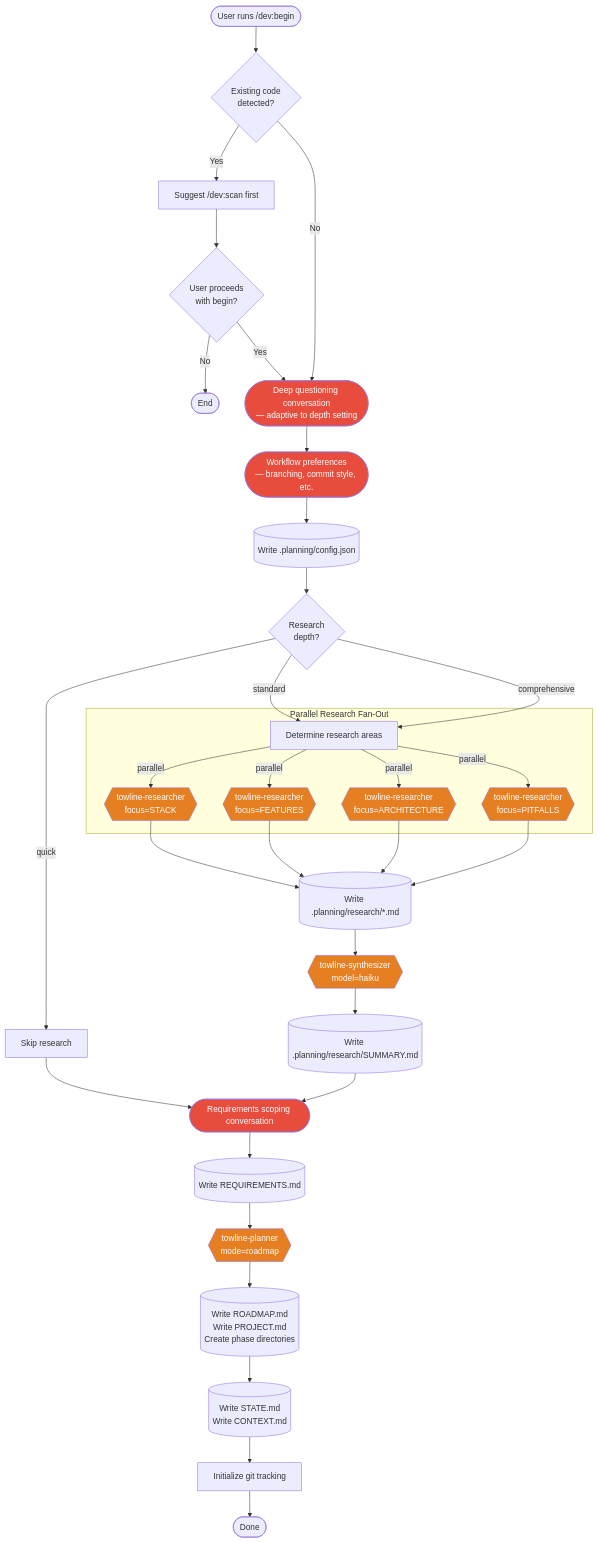
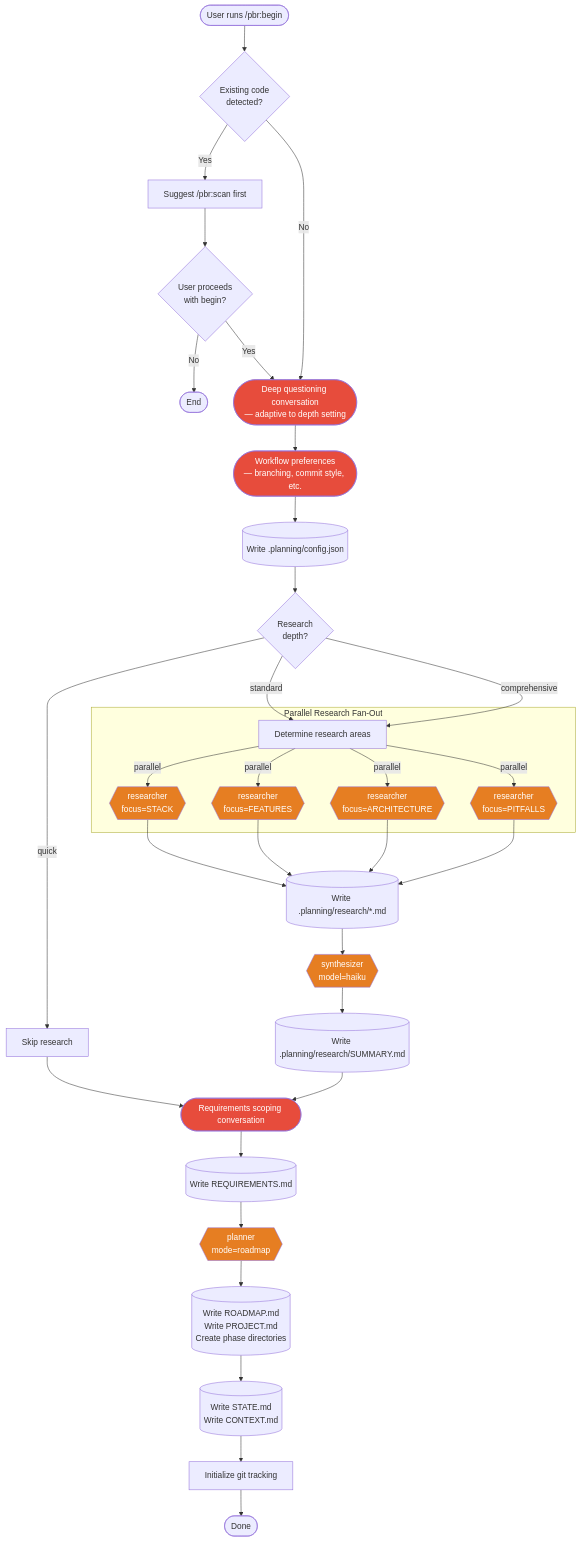
The second of 14 diagrams in docs/ARCHITECTURE.md (SienkLogic/plan-build-run), drawn with Mermaid before and after one commit. The commit also changed other lines of this file and 358 other files, not shown here.

````diff
--- a/docs/ARCHITECTURE.md
+++ b/docs/ARCHITECTURE.md
@@ -43,59 +43,59 @@
 ```mermaid
 flowchart TD
-    Start([User runs /dev:begin]) --> Brownfield{Existing code<br/>detected?}
+    Start([User runs /pbr:begin]) --> Brownfield{Existing code<br/>detected?}
 
-    Brownfield -->|Yes| SuggestScan[Suggest /dev:scan first]
+    Brownfield -->|Yes| SuggestScan[Suggest /pbr:scan first]
     SuggestScan --> UserChoice{User proceeds<br/>with begin?}
     UserChoice -->|No| Abort([End])
     UserChoice -->|Yes| Questions
     Brownfield -->|No| Questions
 
     Questions([Deep questioning conversation<br/>— adaptive to depth setting]) --> Prefs([Workflow preferences<br/>— branching, commit style, etc.])
 
     Prefs --> WriteConfig[(Write .planning/config.json)]
 
     WriteConfig --> DepthCheck{Research<br/>depth?}
 
     DepthCheck -->|quick| SkipResearch[Skip research]
     DepthCheck -->|standard| Researchers
     DepthCheck -->|comprehensive| Researchers
 
     subgraph "Parallel Research Fan-Out"
-        Researchers[Determine research areas] -->|parallel| R1{{towline-researcher<br/>focus=STACK}}
-        Researchers -->|parallel| R2{{towline-researcher<br/>focus=FEATURES}}
-        Researchers -->|parallel| R3{{towline-researcher<br/>focus=ARCHITECTURE}}
-        Researchers -->|parallel| R4{{towline-researcher<br/>focus=PITFALLS}}
+        Researchers[Determine research areas] -->|parallel| R1{{researcher<br/>focus=STACK}}
+        Researchers -->|parallel| R2{{researcher<br/>focus=FEATURES}}
+        Researchers -->|parallel| R3{{researcher<br/>focus=ARCHITECTURE}}
+        Researchers -->|parallel| R4{{researcher<br/>focus=PITFALLS}}
     end
 
     R1 --> ResearchFiles[(Write .planning/research/*.md)]
     R2 --> ResearchFiles
     R3 --> ResearchFiles
     R4 --> ResearchFiles
 
-    ResearchFiles --> Synth{{towline-synthesizer<br/>model=haiku}}
+    ResearchFiles --> Synth{{synthesizer<br/>model=haiku}}
     SkipResearch --> Scope
 
     Synth --> SynthFile[(Write .planning/research/SUMMARY.md)]
     SynthFile --> Scope
 
     Scope([Requirements scoping conversation]) --> WriteReqs[(Write REQUIREMENTS.md)]
 
-    WriteReqs --> Roadmap{{towline-planner<br/>mode=roadmap}}
+    WriteReqs --> Roadmap{{planner<br/>mode=roadmap}}
 
     Roadmap --> RoadmapFiles[("Write ROADMAP.md<br/>Write PROJECT.md<br/>Create phase directories")]
 
     RoadmapFiles --> InitState[("Write STATE.md<br/>Write CONTEXT.md")]
 
     InitState --> GitSetup[Initialize git tracking]
     GitSetup --> Done([Done])
 
     style R1 fill:#e67e22,color:#fff
     style R2 fill:#e67e22,color:#fff
     style R3 fill:#e67e22,color:#fff
     style R4 fill:#e67e22,color:#fff
     style Synth fill:#e67e22,color:#fff
     style Roadmap fill:#e67e22,color:#fff
     style Questions fill:#e74c3c,color:#fff
     style Prefs fill:#e74c3c,color:#fff
     style Scope fill:#e74c3c,color:#fff
 ```
````
